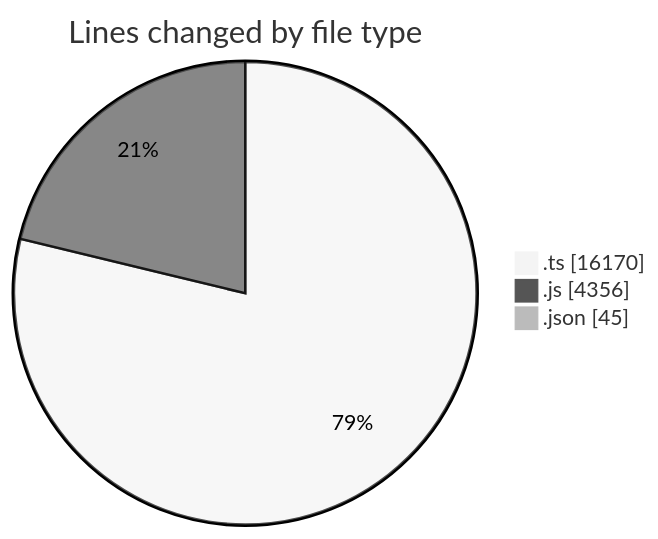
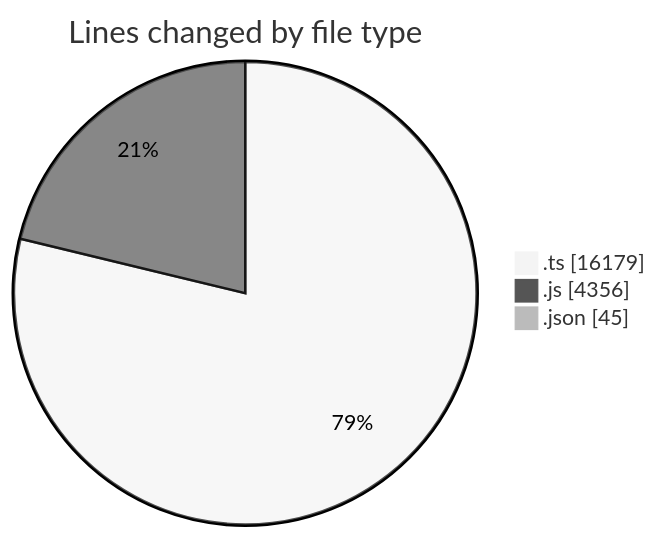
Before and after one commit to momahboobian/code-tracking: the first of 2 diagrams in 2025-07-29/cda/README.md, drawn with Mermaid (neutral theme). The commit also changed other lines of this file and 1 other file, not shown here.

````diff
--- a/2025-07-29/cda/README.md
+++ b/2025-07-29/cda/README.md
@@ -30,7 +30,7 @@
 ```mermaid
 pie showData
 title Lines changed by file type
-".ts" : 16170
+".ts" : 16179
 ".js" : 4356
 ".json" : 45
 ```
````
